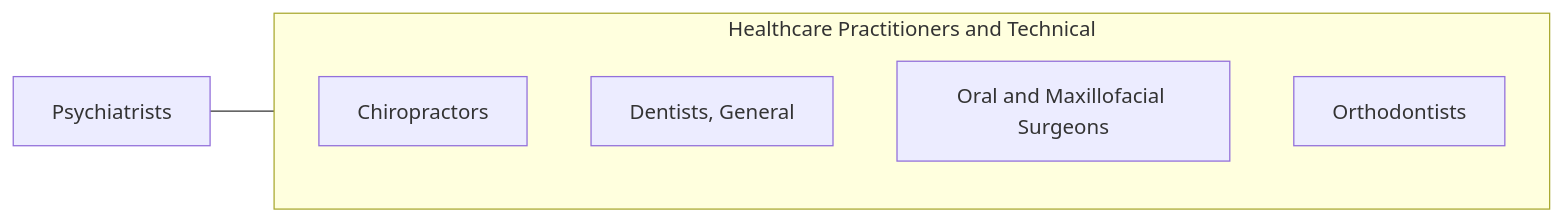
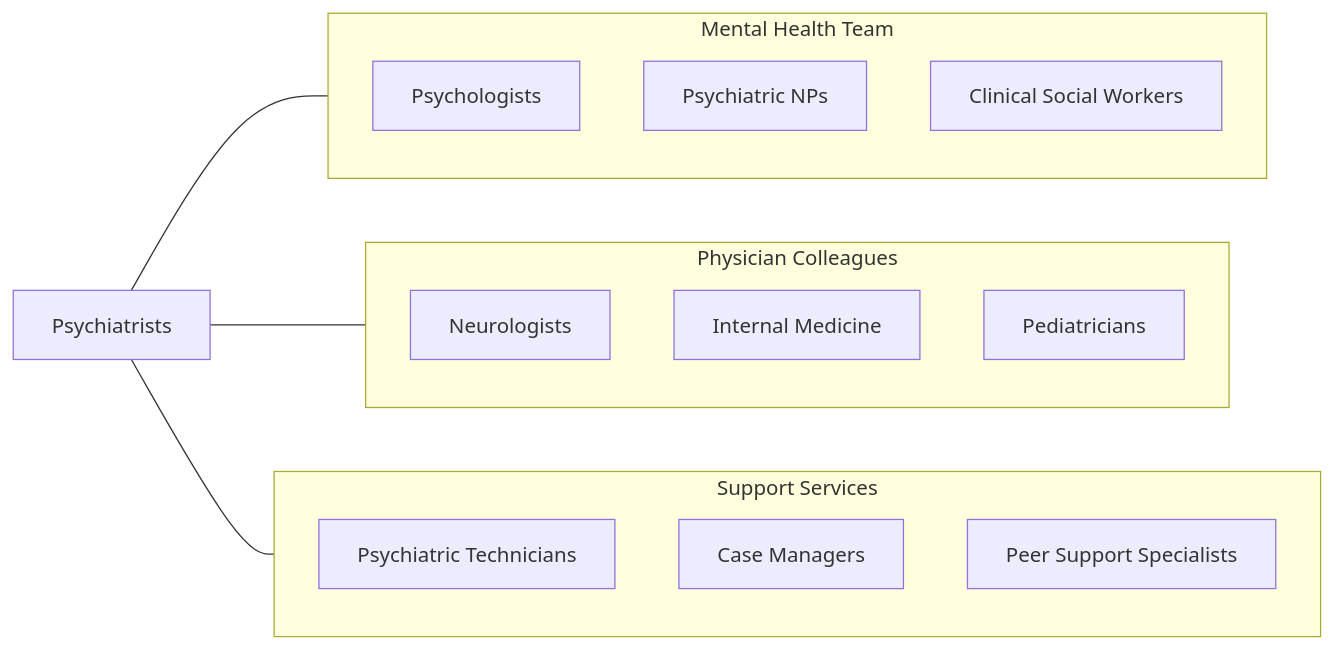
Before and after one commit to kziemski/business.org.ai: the fourth of 4 diagrams in occupations/HealthcarePractitioners/Psychiatrists.mdx, drawn with Mermaid. The commit also changed other lines of this file and 938 other files, not shown here.

````diff
--- a/occupations/HealthcarePractitioners/Psychiatrists.mdx
+++ b/occupations/HealthcarePractitioners/Psychiatrists.mdx
@@ -118,13 +226,26 @@
 ```mermaid
 graph LR
     Current["Psychiatrists"]
 
-    subgraph SameCategory["Healthcare Practitioners and Technical"]
-        Chiropractors["Chiropractors"]
-        DentistsGeneral["Dentists, General"]
-        OralAndMaxillofacial["Oral and Maxillofacial Surgeons"]
-        Orthodontists["Orthodontists"]
+    subgraph MentalHealth["Mental Health Team"]
+        Psychologists["Psychologists"]
+        PMHNP["Psychiatric NPs"]
+        SocialWorkers["Clinical Social Workers"]
     end
 
-    Current --- SameCategory
+    subgraph PhysicianPeers["Physician Colleagues"]
+        Neurologists["Neurologists"]
+        Internists["Internal Medicine"]
+        Pediatricians["Pediatricians"]
+    end
+
+    subgraph Support["Support Services"]
+        PsychTech["Psychiatric Technicians"]
+        CaseManagers["Case Managers"]
+        PeerSupport["Peer Support Specialists"]
+    end
+
+    Current --- MentalHealth
+    Current --- PhysicianPeers
+    Current --- Support
 ```
````
